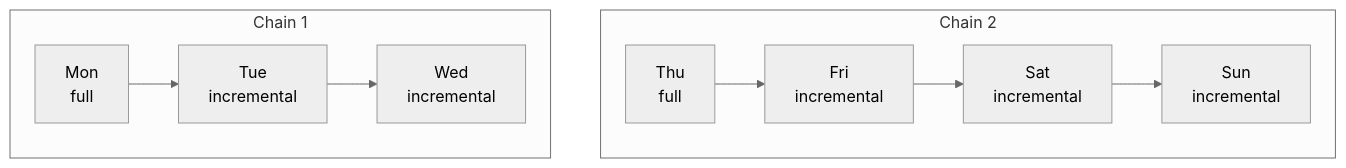
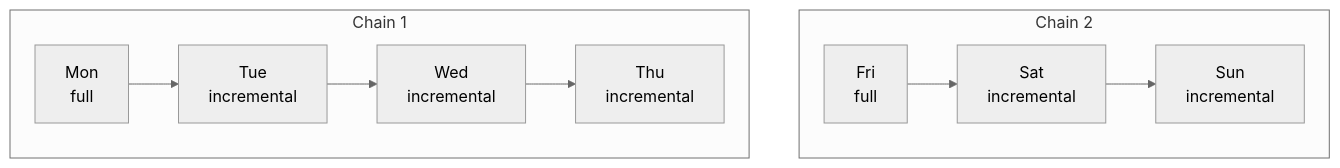
The fourth of 4 diagrams in mysql_prod_backup_scripts/mysql_backup_workflow.md (xXSAPXx/dba-ops-scripts), drawn with Mermaid (neutral theme) before and after one commit. The commit also changed other lines of this file and 4 other files, not shown here.

````diff
--- a/mysql_prod_backup_scripts/mysql_backup_workflow.md
+++ b/mysql_prod_backup_scripts/mysql_backup_workflow.md
@@ -94,10 +94,10 @@
 ```mermaid
 flowchart LR
     subgraph CHAIN1 ["Chain 1"]
-        MON["Mon<br/>full"] --> TUE["Tue<br/>incremental"] --> WED["Wed<br/>incremental"]
+        MON["Mon<br/>full"] --> TUE["Tue<br/>incremental"] --> WED["Wed<br/>incremental"] --> THU["Thu<br/>incremental"]
     end
     subgraph CHAIN2 ["Chain 2"]
-        THU["Thu<br/>full"] --> FRI["Fri<br/>incremental"] --> SAT["Sat<br/>incremental"] --> SUN["Sun<br/>incremental"]
+        FRI["Fri<br/>full"] --> SAT["Sat<br/>incremental"] --> SUN["Sun<br/>incremental"]
     end
-    WED ~~~ THU
+    THU ~~~ FRI
 ```
````
